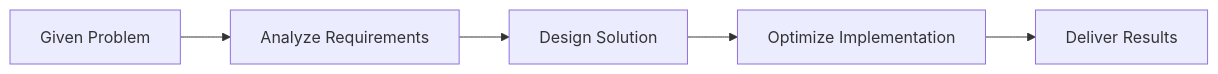
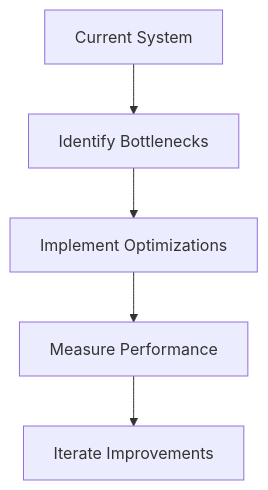
The first of 4 diagrams in docs/fundamentals/l6-vs-l7.md (deepaucksharma/SystemCraft), drawn with Mermaid before and after one commit. The commit also changed other lines of this file and 100 other files, not shown here.

````diff
--- a/docs/fundamentals/l6-vs-l7.md
+++ b/docs/fundamentals/l6-vs-l7.md
@@ -103,7 +103,7 @@
 ```mermaid
-graph LR
-    A[Given Problem] --> B[Analyze Requirements]
-    B --> C[Design Solution]
-    C --> D[Optimize Implementation]
-    D --> E[Deliver Results]
+graph TD
+    A[Current System] --> B[Identify Bottlenecks]
+    B --> C[Implement Optimizations]
+    C --> D[Measure Performance]
+    D --> E[Iterate Improvements]
 ```
````
